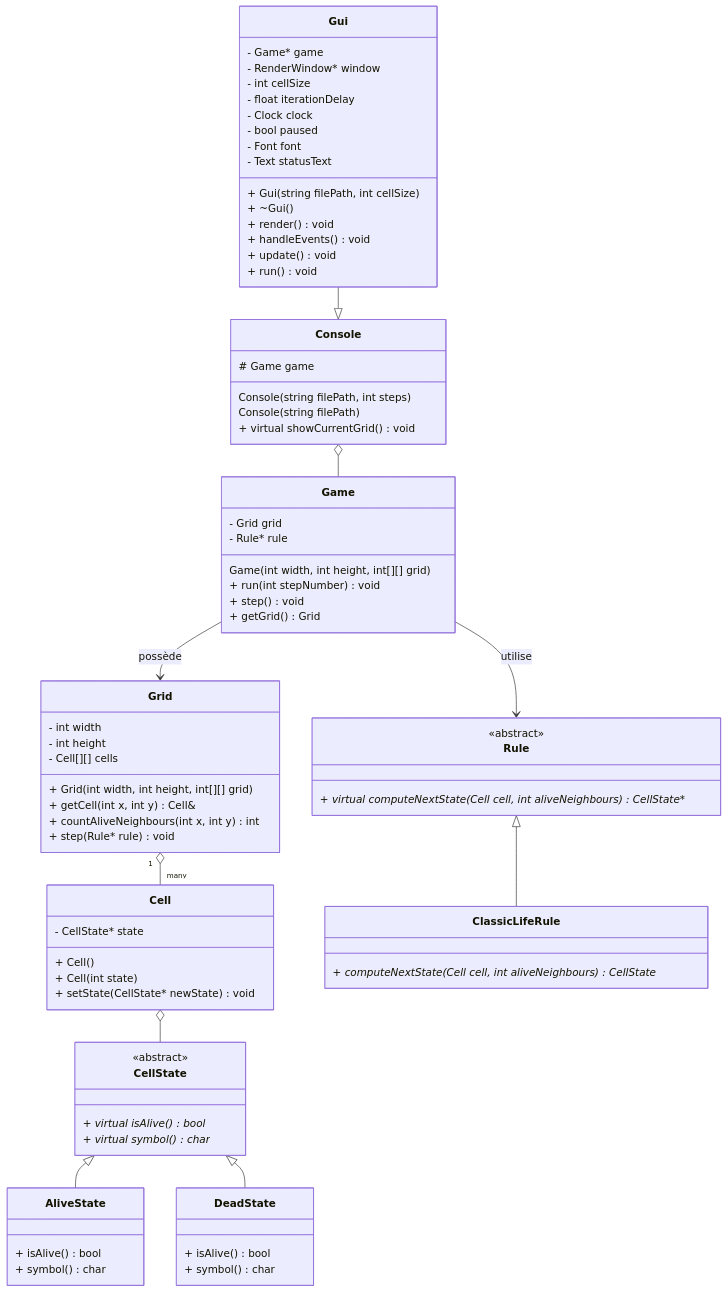
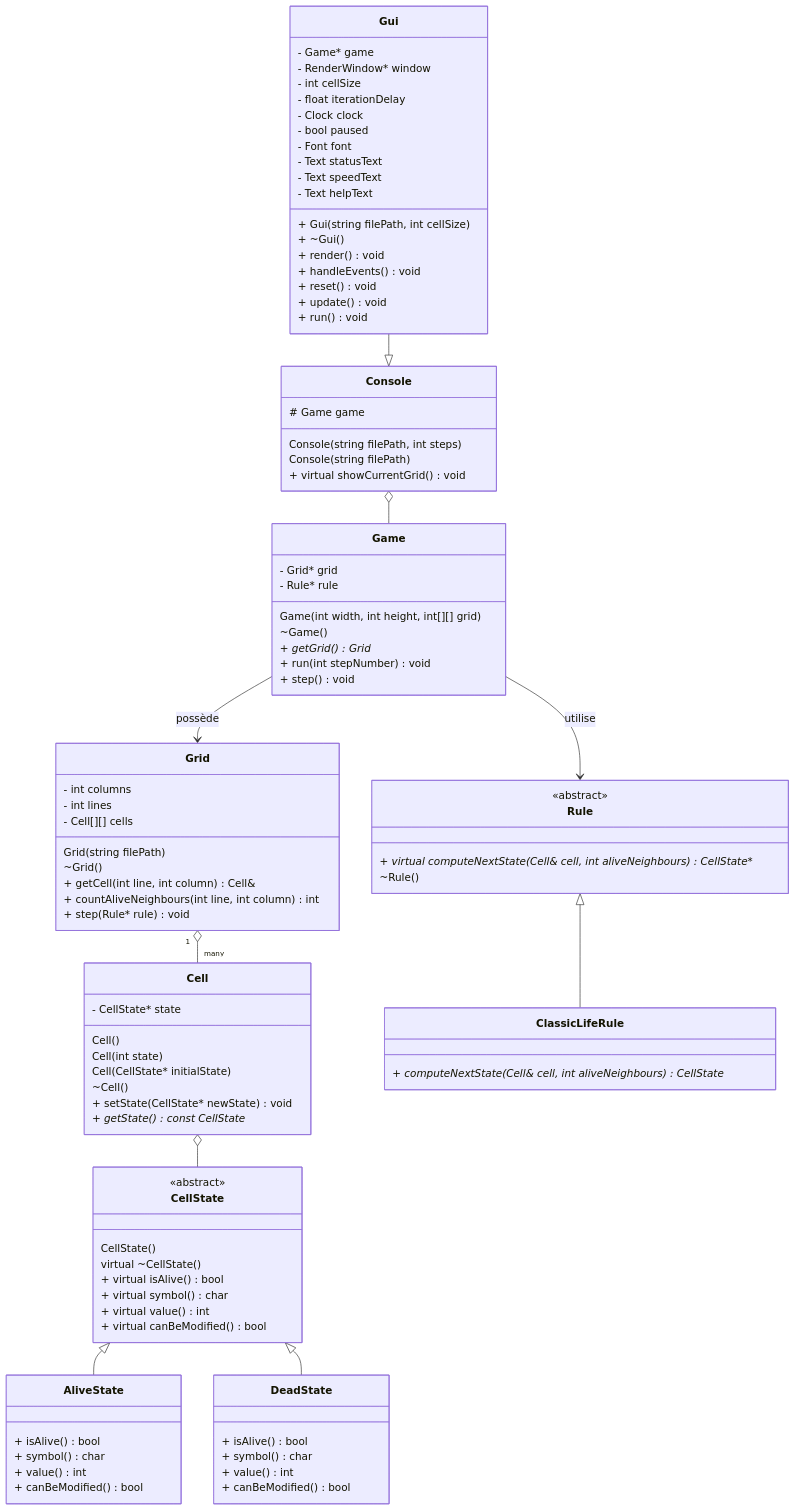
The diagram in diagrams/class_diagram.md (Vecta6/CESI-Projet-POO-25-26), drawn with Mermaid before and after one commit.

Commit message:
maj tout le diagramme de classe

```diff
--- a/diagrams/class_diagram.md
+++ b/diagrams/class_diagram.md
@@ -3,60 +3,72 @@
     %% --- Logique métier ---
 
     class Game {
-        - Grid grid
+        - Grid* grid
         - Rule* rule
 
         Game(int width, int height, int[][] grid)
-
+        ~Game()
+        + getGrid() Grid*
         + run(int stepNumber) void
         + step() void
-        + getGrid() Grid
     }
 
     class Grid {
-        - int width
-        - int height
+        - int columns
+        - int lines
         - Cell[][] cells
 
-        + Grid(int width, int height, int[][] grid)
-
-        + getCell(int x, int y) Cell&
-        + countAliveNeighbours(int x, int y) int
+        Grid(string filePath)
+        ~Grid()
+        + getCell(int line, int column) Cell&
+        + countAliveNeighbours(int line, int column) int
         + step(Rule* rule) void
     }
 
     class Cell {
         - CellState* state
 
-        + Cell()
-        + Cell(int state)
+        Cell()
+        Cell(int state)
+        Cell(CellState* initialState)
+        ~Cell()
 
         + setState(CellState* newState) void
+        + getState() const CellState*
     }
 
     class CellState {
         <<abstract>>
-        + virtual isAlive() bool*
-        + virtual symbol() char*
+        CellState()
+        virtual ~CellState()
+        + virtual isAlive() bool
+        + virtual symbol() char
+        + virtual value() int
+        + virtual canBeModified() bool
     }
 
     class AliveState {
         + isAlive() bool
         + symbol() char
+        + value() int
+        + canBeModified() bool
     }
 
     class DeadState {
         + isAlive() bool
         + symbol() char
+        + value() int
+        + canBeModified() bool
     }
 
     class Rule {
         <<abstract>>
-        + virtual computeNextState(Cell cell, int aliveNeighbours)* CellState*
+        + virtual computeNextState(Cell& cell, int aliveNeighbours)* CellState*
+        ~Rule()
     }
 
     class ClassicLifeRule {
-        + computeNextState(Cell cell, int aliveNeighbours) CellState*
+        + computeNextState(Cell& cell, int aliveNeighbours) CellState*
     }
 
     class Console {
@@ -78,10 +90,13 @@
         - bool paused
         - Font font    
         - Text statusText
+        - Text speedText
+        - Text helpText
         + Gui(string filePath, int cellSize)
         + ~Gui()
         + render() void
         + handleEvents() void
+        + reset() void
         + update() void
         + run() void
     }
```
